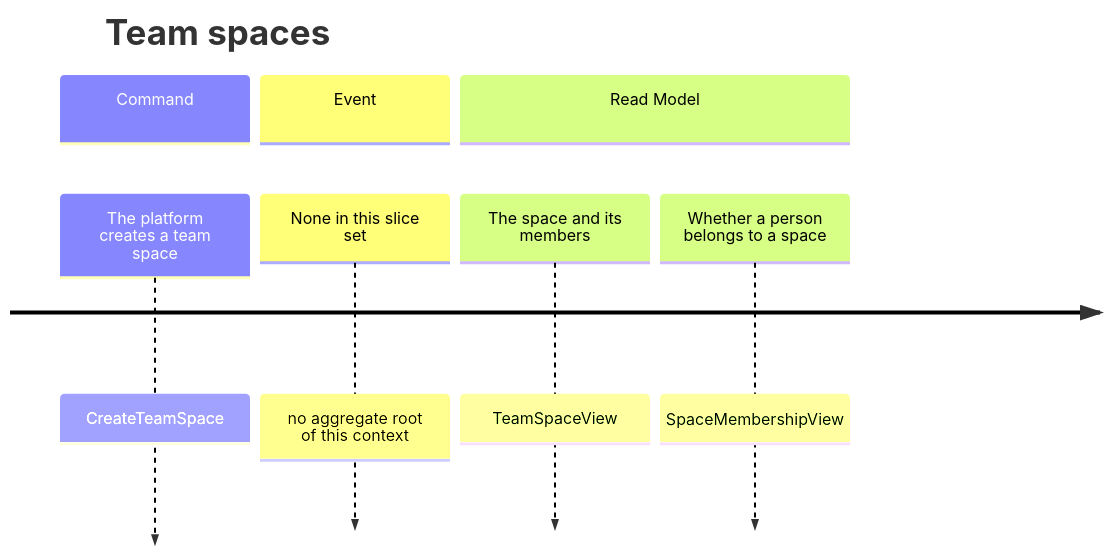
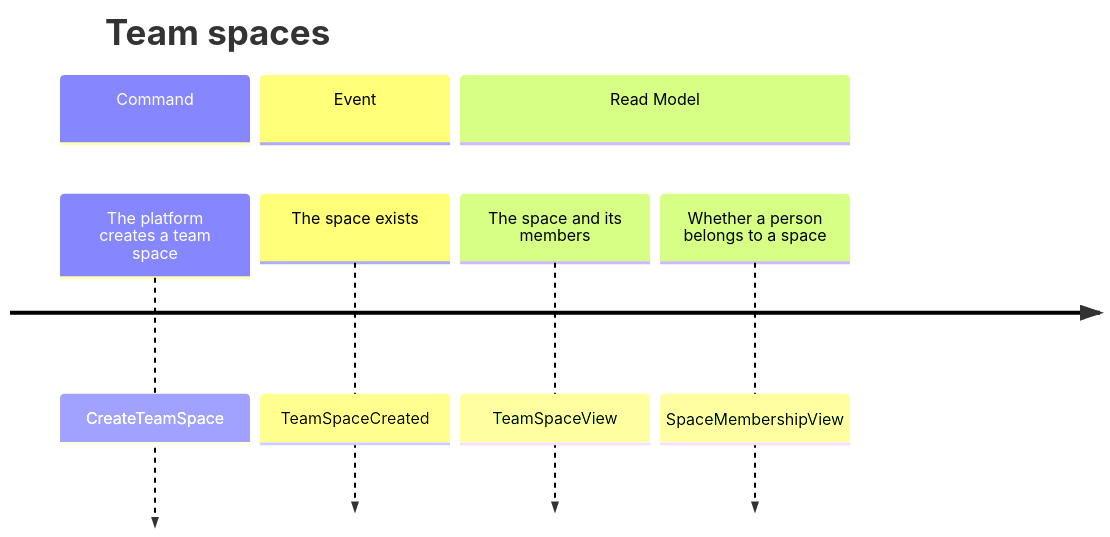
One commit to freecompub/microcks-foundry changed the diagram in docs/domain/event-model/space.md. Above: the diagram before and after it, drawn with Mermaid. The commit also changed other lines of this file and 16 other files, not shown here.

````diff
--- a/docs/domain/event-model/space.md
+++ b/docs/domain/event-model/space.md
@@ -13,11 +14,11 @@
 ```mermaid
 timeline
     title Team spaces
     section Command
         The platform creates a team space : CreateTeamSpace
     section Event
-        None in this slice set : no aggregate root of this context
+        The space exists : TeamSpaceCreated
     section Read Model
         The space and its members : TeamSpaceView
         Whether a person belongs to a space : SpaceMembershipView
 ```
````
